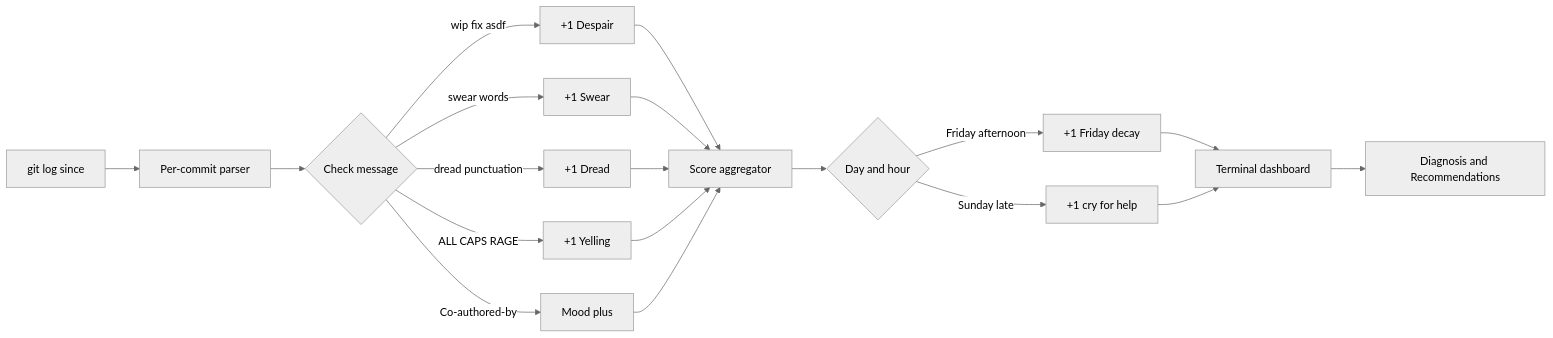
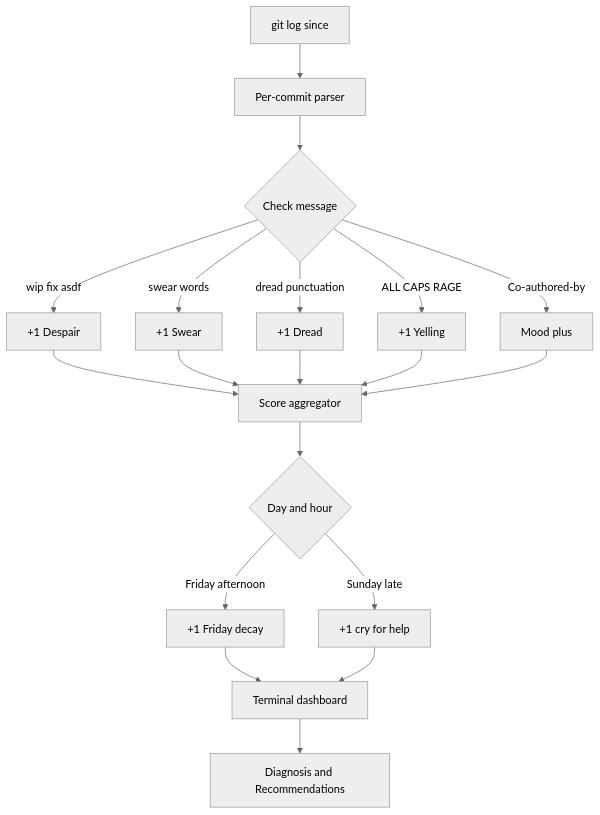
The second of 3 diagrams in README.md (kevin-sigmoid-org/commit-mood-ring), drawn with Mermaid (neutral theme) before and after one commit.

Commit message:
docs: flip HOW IT WORKS flowchart to top-down
LR was too wide on mobile and crowded on desktop. TD reads more naturally
as a pipeline (input on top, dashboard at the bottom).

````diff
--- a/README.md
+++ b/README.md
@@ -101,21 +101,21 @@
 ```mermaid
-flowchart LR
+flowchart TD
     A[git log since] --> B[Per-commit parser]
     B --> C{Check message}
     C -->|wip fix asdf| D[+1 Despair]
     C -->|swear words| E[+1 Swear]
     C -->|dread punctuation| F[+1 Dread]
     C -->|ALL CAPS RAGE| G[+1 Yelling]
     C -->|Co-authored-by| H[Mood plus]
     D --> I[Score aggregator]
     E --> I
     F --> I
     G --> I
     H --> I
     I --> J{Day and hour}
     J -->|Friday afternoon| K[+1 Friday decay]
     J -->|Sunday late| L[+1 cry for help]
     K --> M[Terminal dashboard]
     L --> M
     M --> N[Diagnosis and Recommendations]
 ```
````
